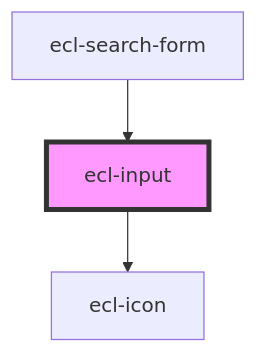
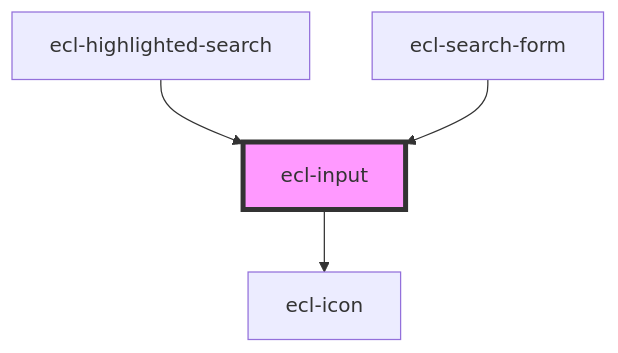
The diagram in src/components/ecl-input/readme.md (ec-europa/ecl-webcomponents), drawn with Mermaid before and after one commit. The commit also changed other lines of this file and 17 other files, not shown here.

Commit message:
chore(components): Adding highlighted search

````diff
--- a/src/components/ecl-input/readme.md
+++ b/src/components/ecl-input/readme.md
@@ -52,6 +53,7 @@
 ```mermaid
 graph TD;
   ecl-input --> ecl-icon
+  ecl-highlighted-search --> ecl-input
   ecl-search-form --> ecl-input
   style ecl-input fill:#f9f,stroke:#333,stroke-width:4px
 ```
````
